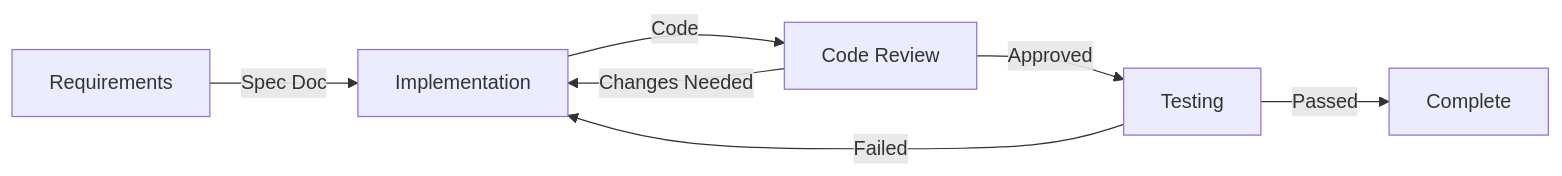
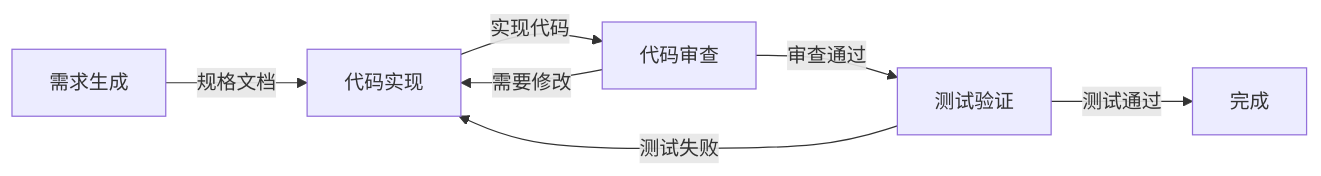
The first of 2 diagrams in README.md (c1767673917/spec-to-code), drawn with Mermaid before and after one commit. The commit also changed other lines of this file and 1 other file, not shown here.

````diff
--- a/README.md
+++ b/README.md
@@ -35,9 +35,9 @@
 ```mermaid
 graph LR
-    Generate[Requirements] -->|Spec Doc| Code[Implementation]
-    Code -->|Code| Review[Code Review]
-    Review -->|Approved| Test[Testing]
-    Test -->|Passed| Done[Complete]
-    Review -->|Changes Needed| Code
-    Test -->|Failed| Code
+    Generate[需求生成] -->|规格文档| Code[代码实现]
+    Code -->|实现代码| Review[代码审查]
+    Review -->|审查通过| Test[测试验证]
+    Test -->|测试通过| Done[完成]
+    Review -->|需要修改| Code
+    Test -->|测试失败| Code
 ```
````
